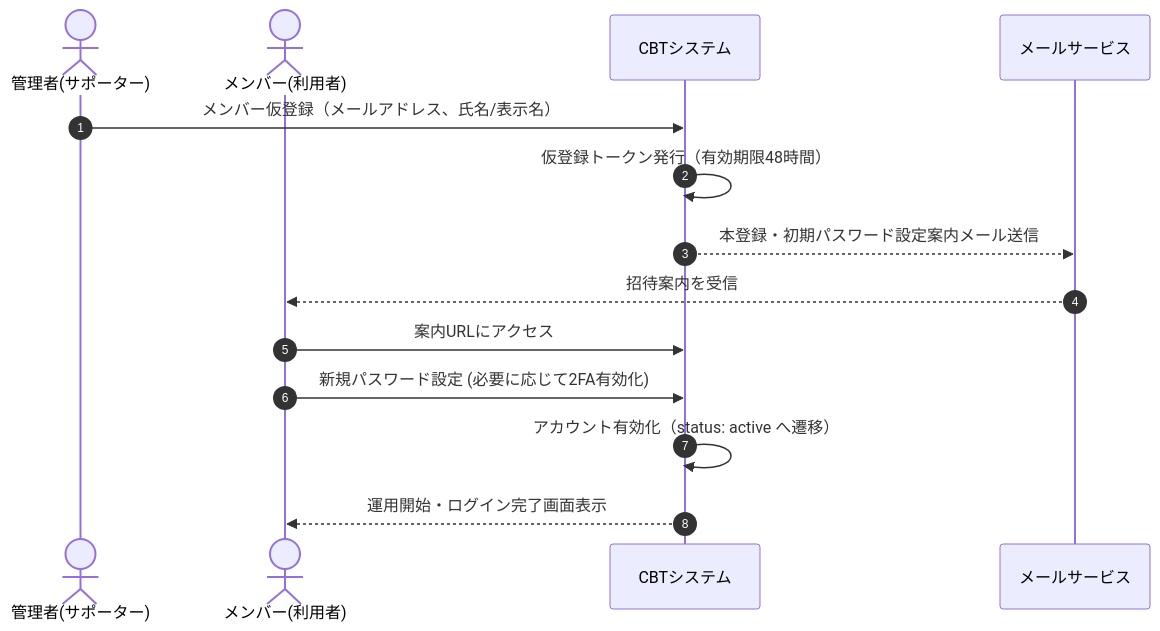
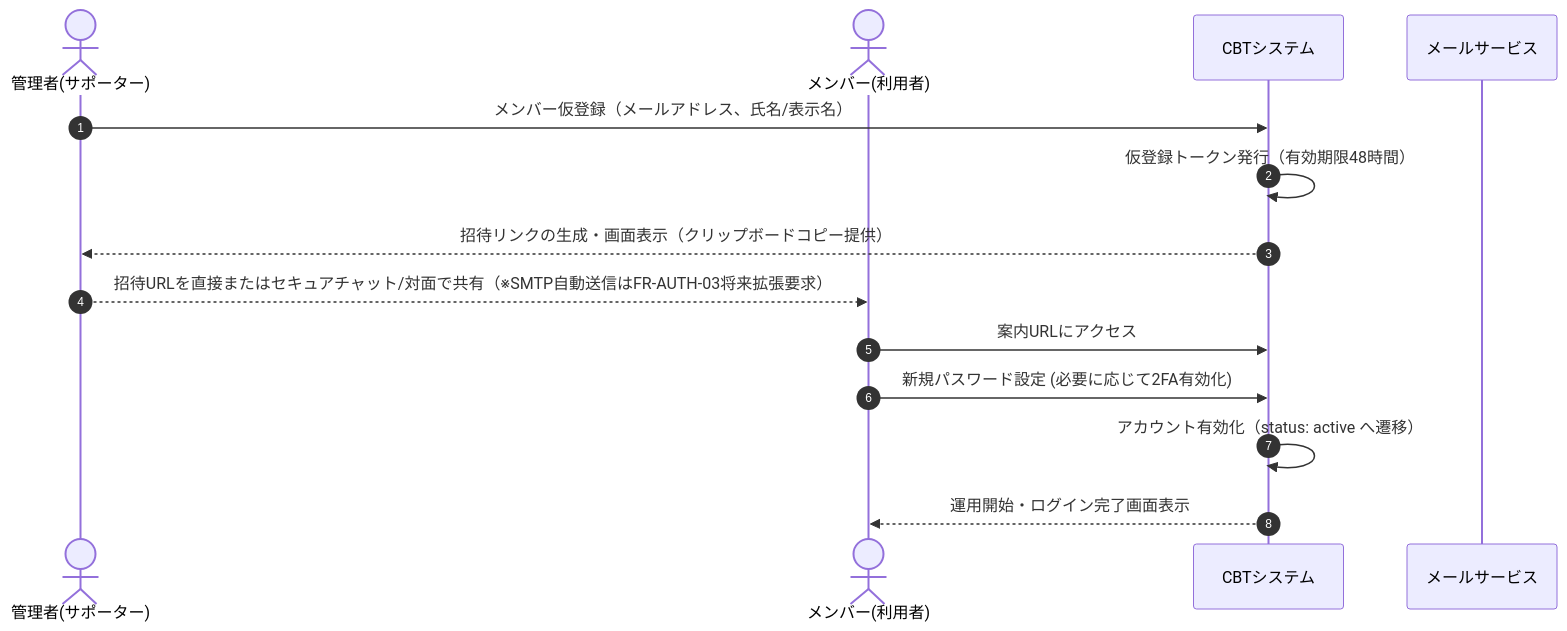
Before and after one commit to siamlogic/log: the first of 4 diagrams in docs/requirements_specification.md, drawn with Mermaid. The commit also changed 22 other files, not shown here.

````diff
--- a/docs/requirements_specification.md
+++ b/docs/requirements_specification.md
@@ -43,17 +43,17 @@
 ```mermaid
 sequenceDiagram
     autonumber
     actor Admin as 管理者(サポーター)
     actor Member as メンバー(利用者)
     participant System as CBTシステム
     participant Mail as メールサービス
 
     Admin->>System: メンバー仮登録（メールアドレス、氏名/表示名）
     System->>System: 仮登録トークン発行（有効期限48時間）
-    System-->>Mail: 本登録・初期パスワード設定案内メール送信
-    Mail-->>Member: 招待案内を受信
+    System-->>Admin: 招待リンクの生成・画面表示（クリップボードコピー提供）
+    Admin-->>Member: 招待URLを直接またはセキュアチャット/対面で共有（※SMTP自動送信はFR-AUTH-03将来拡張要求）
     Member->>System: 案内URLにアクセス
     Member->>System: 新規パスワード設定 (必要に応じて2FA有効化)
     System->>System: アカウント有効化（status: active へ遷移）
     System-->>Member: 運用開始・ログイン完了画面表示
 ```
````
